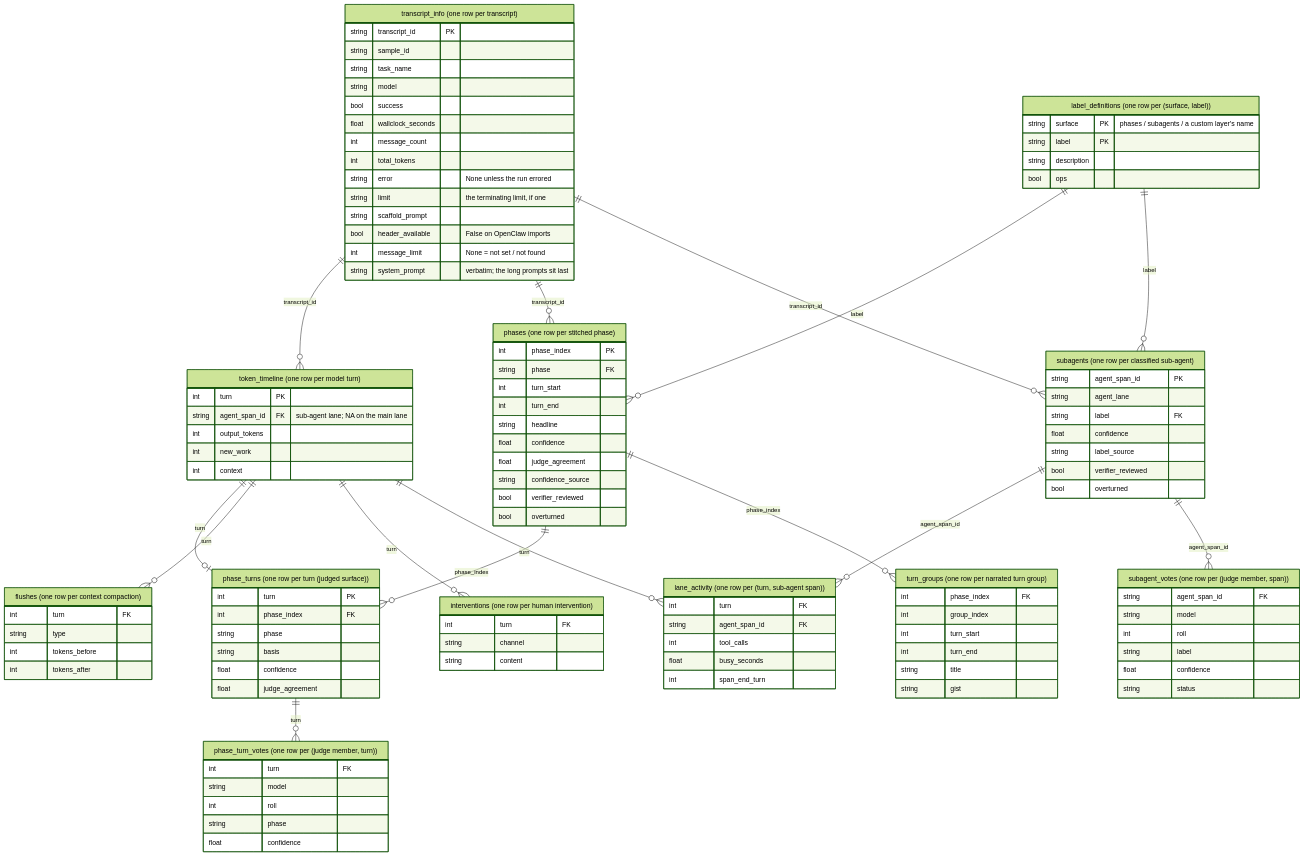
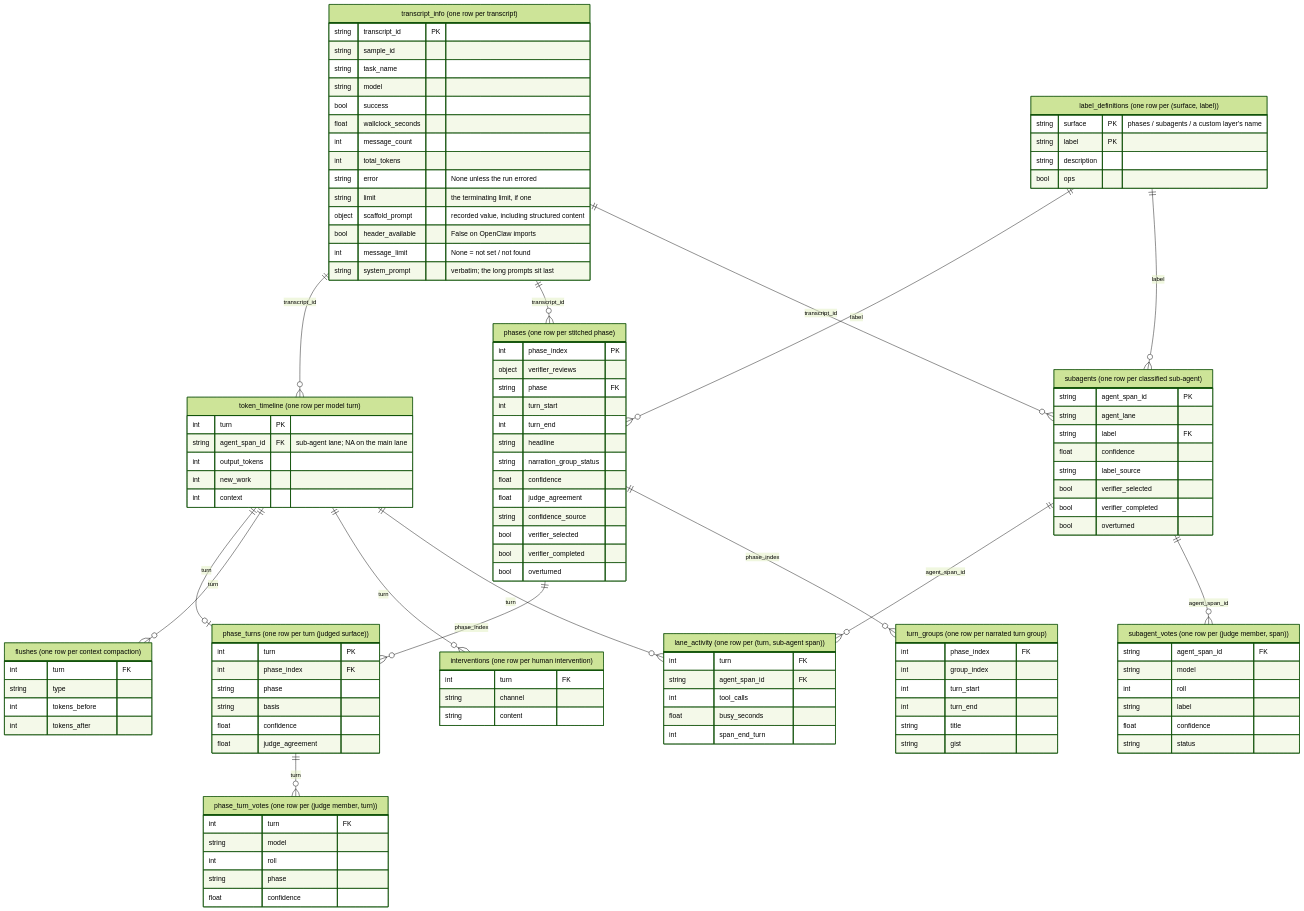
Before and after one commit to AI-Safety-Institute/transect: the diagram in README.md, drawn with Mermaid (forest theme). The commit also changed other lines of this file and 90 other files, not shown here.

```diff
--- a/README.md
+++ b/README.md
@@ -284,7 +308,7 @@
         int total_tokens
         string error "None unless the run errored"
         string limit "the terminating limit, if one"
-        string scaffold_prompt
+        object scaffold_prompt "recorded value, including structured content"
         bool header_available "False on OpenClaw imports"
         int message_limit "None = not set / not found"
         string system_prompt "verbatim; the long prompts sit last"
@@ -316,14 +340,17 @@
     }
     phases["phases (one row per stitched phase)"] {
         int phase_index PK
+        object verifier_reviews
         string phase FK
         int turn_start
         int turn_end
         string headline
+        string narration_group_status
         float confidence
         float judge_agreement
         string confidence_source
-        bool verifier_reviewed
+        bool verifier_selected
+        bool verifier_completed
         bool overturned
     }
     phase_turns["phase_turns (one row per turn (judged surface))"] {
@@ -355,7 +382,8 @@
         string label FK
         float confidence
         string label_source
-        bool verifier_reviewed
+        bool verifier_selected
+        bool verifier_completed
         bool overturned
     }
     subagent_votes["subagent_votes (one row per (judge member, span))"] {
```
